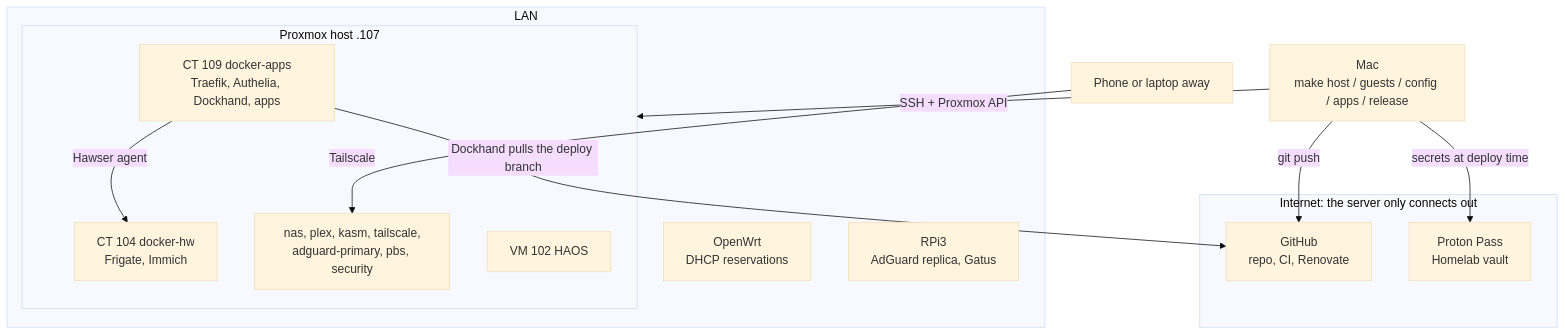
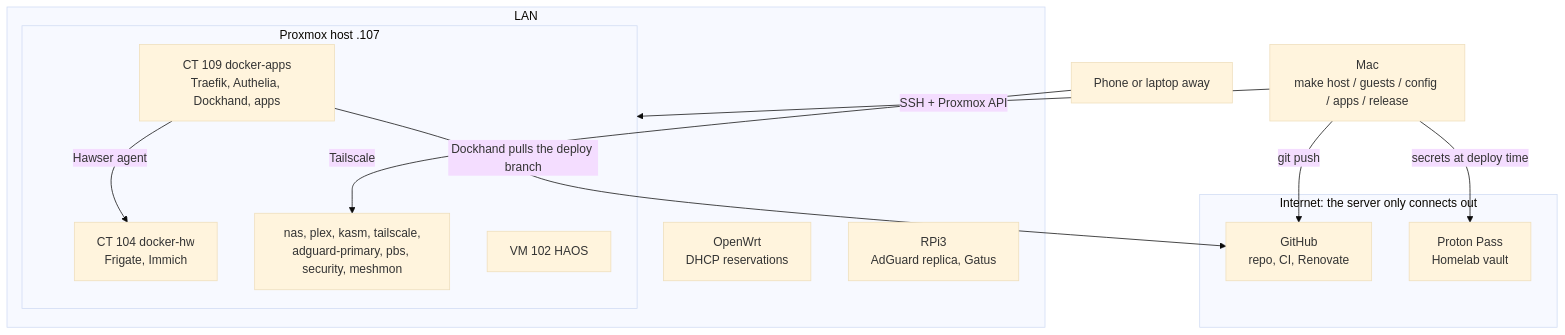
Before and after one commit to atahan99/proxmox-infra-iac: the first of 4 diagrams in docs/architecture.md, drawn with Mermaid (base theme). The commit also changed other lines of this file and 4 other files, not shown here.

````diff
--- a/docs/architecture.md
+++ b/docs/architecture.md
@@ -9,25 +9,25 @@
 ```mermaid
 flowchart TB
   subgraph Cloud["Internet: the server only connects out"]
     GH["GitHub<br/>repo, CI, Renovate"]
     PP["Proton Pass<br/>Homelab vault"]
   end
   Mac["Mac<br/>make host / guests / config / apps / release"]
   Phone["Phone or laptop away"]
   subgraph LAN["LAN"]
     Router["OpenWrt<br/>DHCP reservations"]
     RPi["RPi3<br/>AdGuard replica, Gatus"]
     subgraph PVE["Proxmox host .107"]
       HW["CT 104 docker-hw<br/>Frigate, Immich"]
       APPS["CT 109 docker-apps<br/>Traefik, Authelia, Dockhand, apps"]
-      OTHER["nas, plex, kasm, tailscale,<br/>adguard-primary, pbs, security"]
+      OTHER["nas, plex, kasm, tailscale,<br/>adguard-primary, pbs, security, meshmon"]
       HAOS["VM 102 HAOS"]
     end
   end
   Mac -- "git push" --> GH
   Mac -- "secrets at deploy time" --> PP
   Mac -- "SSH + Proxmox API" --> PVE
   APPS -- "Dockhand pulls the deploy branch" --> GH
   APPS -- "Hawser agent" --> HW
   Phone -- "Tailscale" --> OTHER
 ```
````
